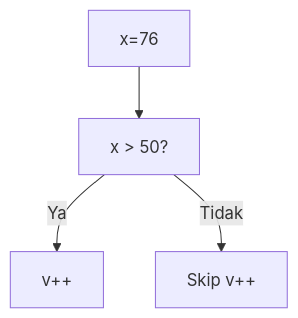
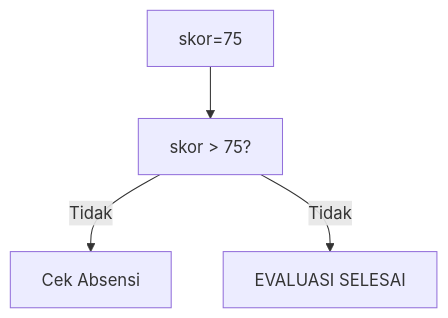
The third of 25 diagrams in part-c-pemahaman-cpp/02-percabangan/latihan/set-07.md (amnahwaida/OSNK_INF_PREP), drawn with Mermaid before and after one commit. The commit also changed other lines of this file and 71 other files, not shown here.

````diff
--- a/part-c-pemahaman-cpp/02-percabangan/latihan/set-07.md
+++ b/part-c-pemahaman-cpp/02-percabangan/latihan/set-07.md
@@ -77,6 +82,6 @@
 ```mermaid
 graph TD
-A["x=76"] --> B["x > 50?"]
-B -- Ya --> C["v++"]
-B -- Tidak --> D["Skip v++"]
+A["skor=75"] --> B["skor > 75?"]
+B -- Tidak --> C["Cek Absensi"]
+B -- Tidak --> D["EVALUASI SELESAI"]
 ```
````
